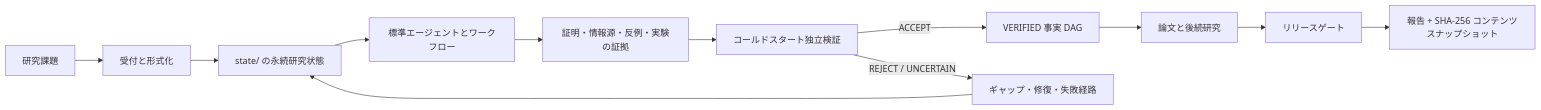
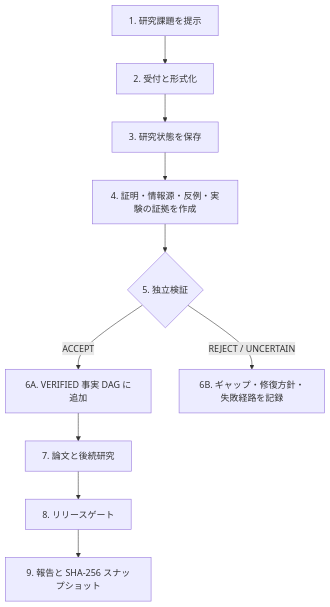
The diagram in README.ja.md (f0909172434/proofweave-math-lab), drawn with Mermaid before and after one commit. The commit also changed other lines of this file and 3 other files, not shown here.

Commit message:
Improve README diagram readability

````diff
--- a/README.ja.md
+++ b/README.ja.md
@@ -108,14 +108,12 @@
 ```mermaid
-flowchart LR
-    U["研究課題"] --> I["受付と形式化"]
-    I --> S["state/ の永続研究状態"]
-    S --> W["標準エージェントとワークフロー"]
-    W --> E["証明・情報源・反例・実験の証拠"]
-    E --> V["コールドスタート独立検証"]
-    V -->|"ACCEPT"| G["VERIFIED 事実 DAG"]
-    V -->|"REJECT / UNCERTAIN"| O["ギャップ・修復・失敗経路"]
-    G --> P["論文と後続研究"]
-    O --> S
-    P --> R["リリースゲート"]
-    R --> M["報告 + SHA-256 コンテンツスナップショット"]
+flowchart TB
+    A["1. 研究課題を提示"] --> B["2. 受付と形式化"]
+    B --> C["3. 研究状態を保存"]
+    C --> D["4. 証明・情報源・反例・実験の証拠を作成"]
+    D --> E{"5. 独立検証"}
+    E -->|"ACCEPT"| F["6A. VERIFIED 事実 DAG に追加"]
+    E -->|"REJECT / UNCERTAIN"| G["6B. ギャップ・修復方針・失敗経路を記録"]
+    F --> H["7. 論文と後続研究"]
+    H --> I["8. リリースゲート"]
+    I --> J["9. 報告と SHA-256 スナップショット"]
 ```
````
